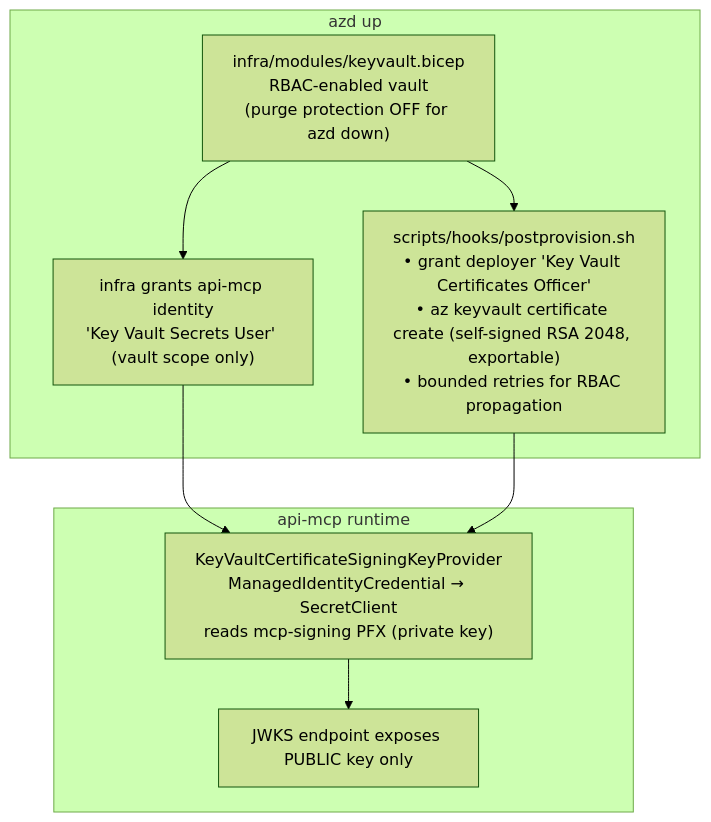
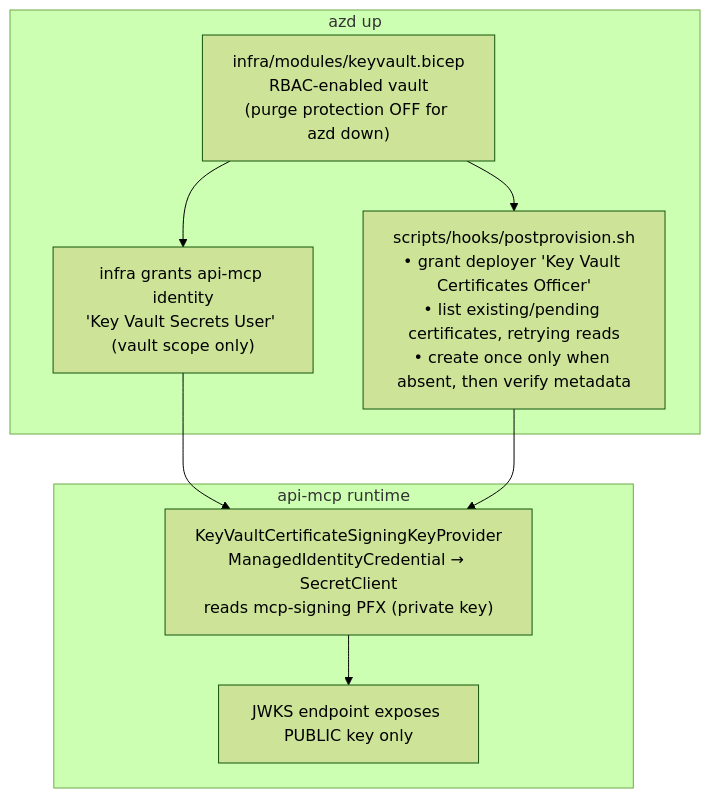
The third of 3 diagrams in docs/features/mcp-oauth/README.md (ahems/AdventureWorks), drawn with Mermaid (forest theme) before and after one commit. The commit also changed other lines of this file and 250 other files, not shown here.

````diff
--- a/docs/features/mcp-oauth/README.md
+++ b/docs/features/mcp-oauth/README.md
@@ -341,17 +371,17 @@
 ```mermaid
 flowchart TB
   subgraph provisioning["azd up"]
     bicep["infra/modules/keyvault.bicep\nRBAC-enabled vault\n(purge protection OFF for azd down)"]
-    hook["scripts/hooks/postprovision.sh\n• grant deployer 'Key Vault Certificates Officer'\n• az keyvault certificate create (self-signed RSA 2048, exportable)\n• bounded retries for RBAC propagation"]
+    hook["scripts/hooks/postprovision.sh\n• grant deployer 'Key Vault Certificates Officer'\n• list existing/pending certificates, retrying reads\n• create once only when absent, then verify metadata"]
     role["infra grants api-mcp identity\n'Key Vault Secrets User' (vault scope only)"]
   end
   subgraph runtime["api-mcp runtime"]
     prov["KeyVaultCertificateSigningKeyProvider\nManagedIdentityCredential → SecretClient\nreads mcp-signing PFX (private key)"]
     jwks["JWKS endpoint exposes PUBLIC key only"]
   end
   bicep --> role
   bicep --> hook
   role --> prov
   hook --> prov
   prov --> jwks
 ```
````
